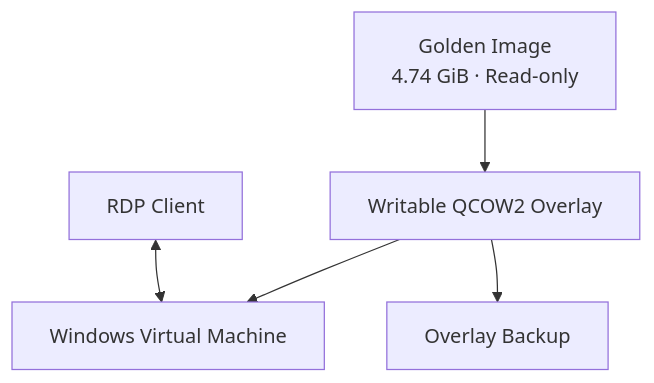
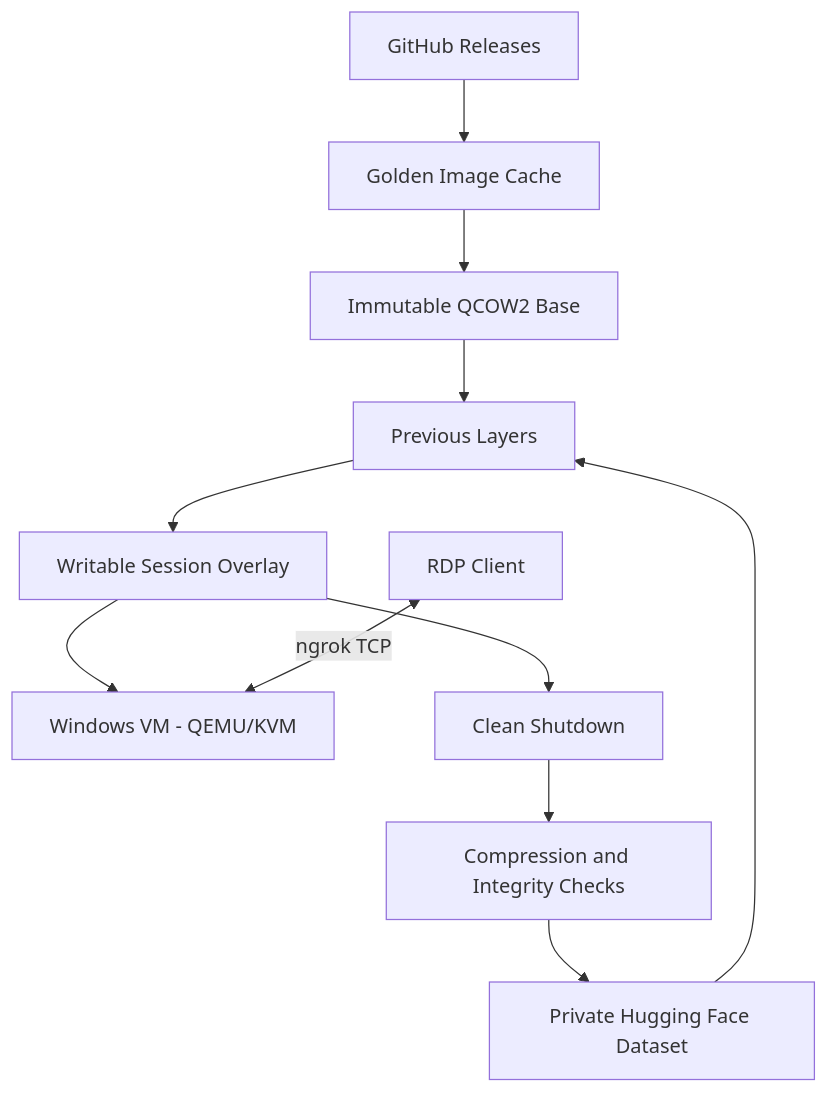
Before and after one commit to fox3000foxy/auroflow-engine: the diagram in README.md, drawn with Mermaid. The commit also changed other lines of this file, not shown here.

````diff
--- a/README.md
+++ b/README.md
@@ -135,13 +109,13 @@
 ```mermaid
 flowchart TD
-    A["Golden Image<br/>4.74 GiB · Read-only"]
-    B["Writable QCOW2 Overlay"]
-    C["Windows Virtual Machine"]
-    D["RDP Client"]
-    E["Overlay Backup"]
-
-    A --> B
-    B --> C
-    D <--> C
-    B --> E
+    A[GitHub Releases] --> B[Golden Image Cache]
+    B --> C[Immutable QCOW2 Base]
+    H[Private Hugging Face Dataset] --> D[Previous Layers]
+    C --> D
+    D --> E[Writable Session Overlay]
+    E --> F[Windows VM - QEMU/KVM]
+    G[RDP Client] <-->|ngrok TCP| F
+    E --> I[Clean Shutdown]
+    I --> J[Compression and Integrity Checks]
+    J --> H
 ```
````
